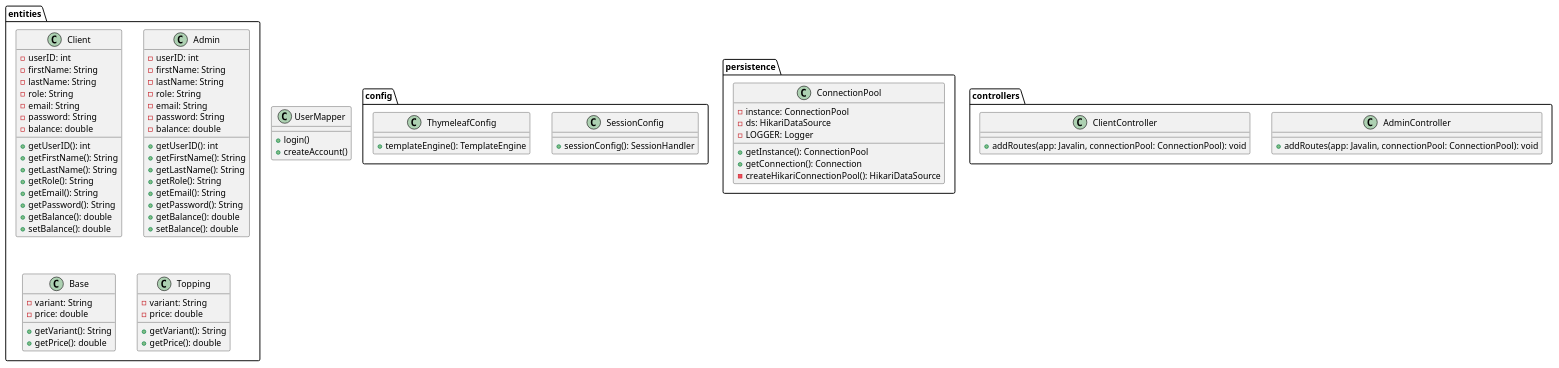
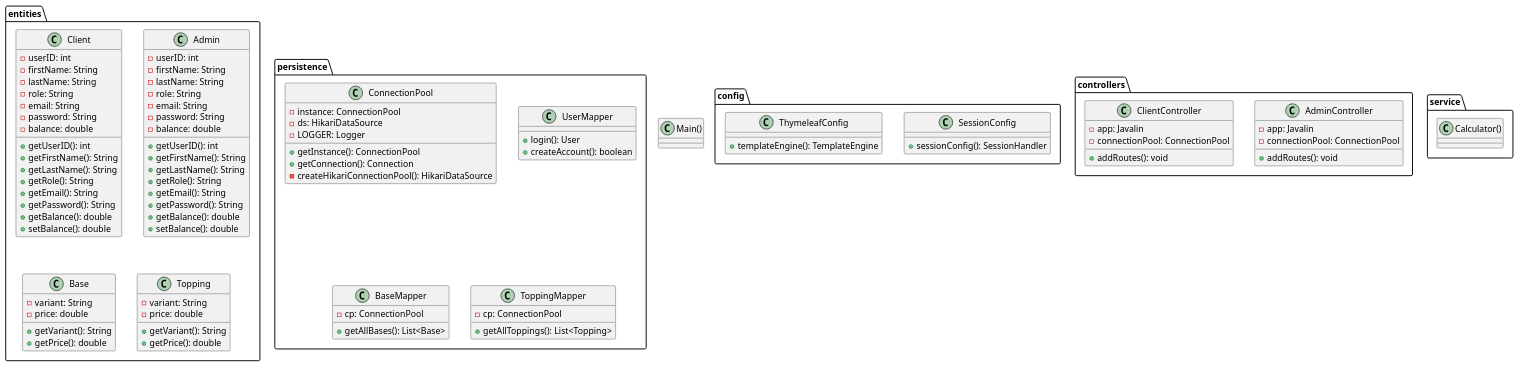
The diagram in src/main/resources/UML/CupCake.puml (MathiasStenvall/CupCake-K), drawn with PlantUML before and after one commit. The commit also changed 4 other files, not shown here.

```diff
--- a/src/main/resources/UML/CupCake.puml
+++ b/src/main/resources/UML/CupCake.puml
@@ -1,95 +1,117 @@
 @startuml
 
 package entities {
 class Client {
 - userID: int
 - firstName: String
 - lastName: String
 - role: String
 - email: String
 - password: String
 - balance: double
 
 + getUserID(): int
 + getFirstName(): String
 + getLastName(): String
 + getRole(): String
 + getEmail(): String
 + getPassword(): String
 + getBalance(): double
 + setBalance(): double
 }
 
 class Admin {
 - userID: int
 - firstName: String
 - lastName: String
 - role: String
 - email: String
 - password: String
 - balance: double
 
 + getUserID(): int
 + getFirstName(): String
 + getLastName(): String
 + getRole(): String
 + getEmail(): String
 + getPassword(): String
 + getBalance(): double
 + setBalance(): double
 }
 
 class Base {
 - variant: String
 - price: double
 
 + getVariant(): String
 + getPrice(): double
 }
 
 class Topping {
 - variant: String
 - price: double
 
 + getVariant(): String
 + getPrice(): double
 }
 }
 
 package config {
 class SessionConfig {
 + sessionConfig(): SessionHandler
 }
 
 class ThymeleafConfig {
 + templateEngine(): TemplateEngine
 }
 }
 
 package persistence {
 class ConnectionPool {
 - instance: ConnectionPool
 - ds: HikariDataSource
 - LOGGER: Logger
 
 + getInstance(): ConnectionPool
 + getConnection(): Connection
 - createHikariConnectionPool(): HikariDataSource
 }
+
+class UserMapper {
++ login(): User
++ createAccount(): boolean
 }
 
-class UserMapper {
-+ login()
-+ createAccount()
+class BaseMapper{
+- cp: ConnectionPool
++ getAllBases(): List<Base>
+}
+
+class ToppingMapper{
+- cp: ConnectionPool
++ getAllToppings(): List<Topping>
+}
 }
 
 package controllers {
 class AdminController {
-+ addRoutes(app: Javalin, connectionPool: ConnectionPool): void
+- app: Javalin
+- connectionPool: ConnectionPool
++ addRoutes(): void
 }
 class ClientController{
-+ addRoutes(app: Javalin, connectionPool: ConnectionPool): void
+- app: Javalin
+- connectionPool: ConnectionPool
++ addRoutes(): void
 }
 }
 
+package service{
+class Calculator(){
+}
+}
+
+class Main(){
+}
+
 @enduml
```
